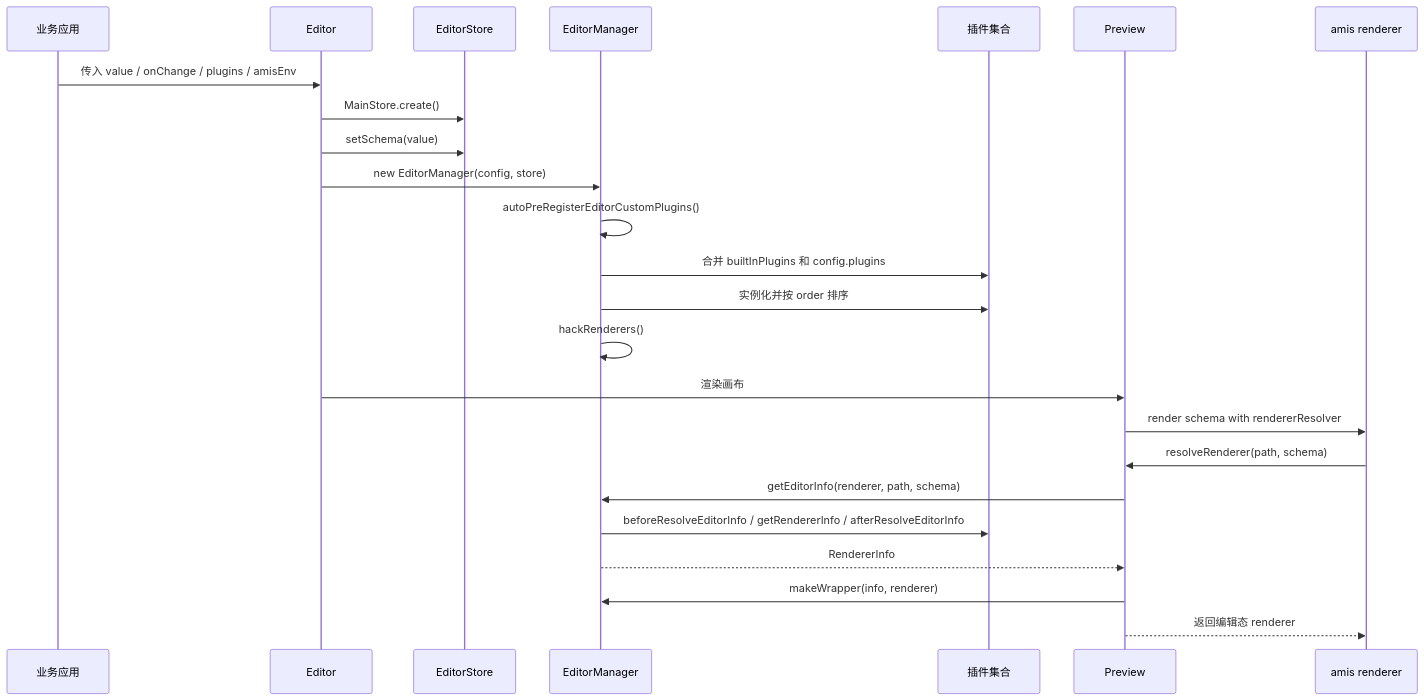
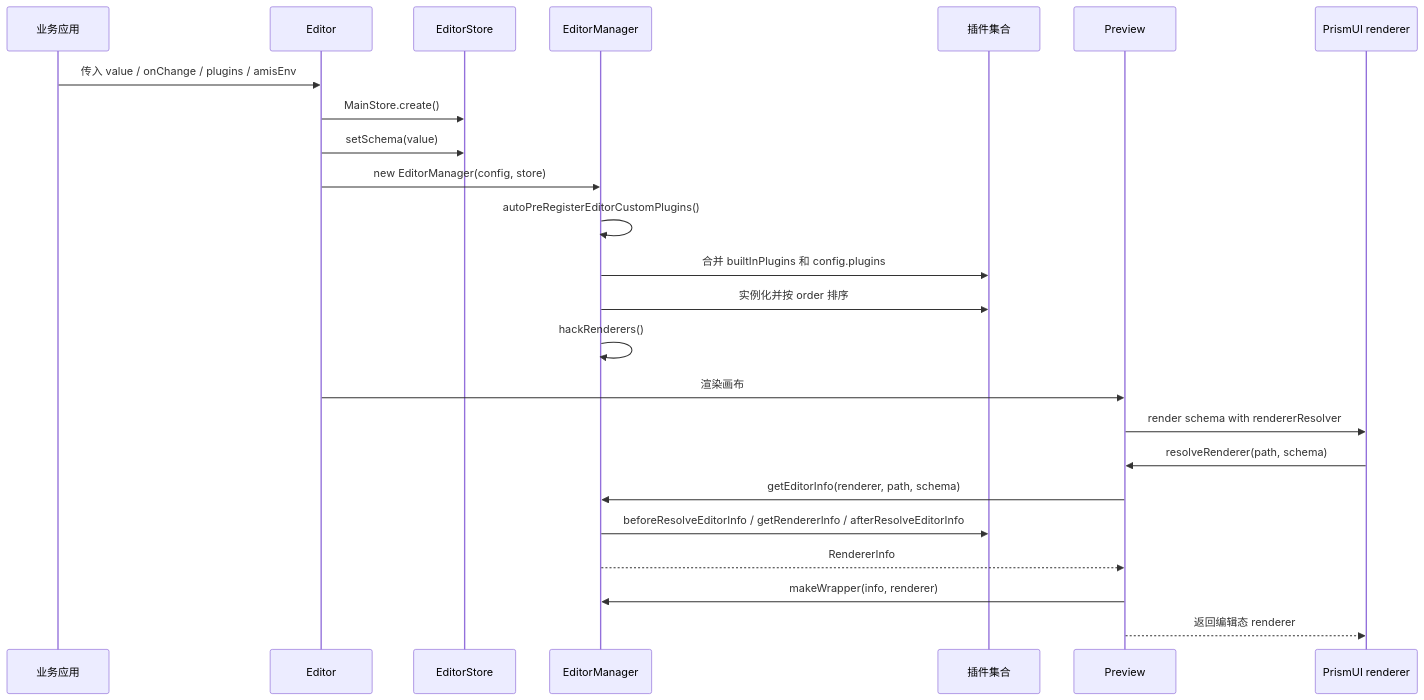
Before and after one commit to Gengxin-Tech/prismui: the fourth of 11 diagrams in docs/zh-CN/extend/editor-architecture.md, drawn with Mermaid. The commit also changed other lines of this file and 29 other files, not shown here.

````diff
--- a/docs/zh-CN/extend/editor-architecture.md
+++ b/docs/zh-CN/extend/editor-architecture.md
@@ -134,27 +134,27 @@
 ```mermaid
 sequenceDiagram
   participant App as 业务应用
   participant Editor as Editor
   participant Store as EditorStore
   participant Manager as EditorManager
   participant Plugin as 插件集合
   participant Preview as Preview
-  participant Amis as amis renderer
+  participant Runtime as PrismUI renderer
 
   App->>Editor: 传入 value / onChange / plugins / amisEnv
   Editor->>Store: MainStore.create()
   Editor->>Store: setSchema(value)
   Editor->>Manager: new EditorManager(config, store)
   Manager->>Manager: autoPreRegisterEditorCustomPlugins()
   Manager->>Plugin: 合并 builtInPlugins 和 config.plugins
   Manager->>Plugin: 实例化并按 order 排序
   Manager->>Manager: hackRenderers()
   Editor->>Preview: 渲染画布
-  Preview->>Amis: render schema with rendererResolver
-  Amis->>Preview: resolveRenderer(path, schema)
+  Preview->>Runtime: render schema with rendererResolver
+  Runtime->>Preview: resolveRenderer(path, schema)
   Preview->>Manager: getEditorInfo(renderer, path, schema)
   Manager->>Plugin: beforeResolveEditorInfo / getRendererInfo / afterResolveEditorInfo
   Manager-->>Preview: RendererInfo
   Preview->>Manager: makeWrapper(info, renderer)
-  Preview-->>Amis: 返回编辑态 renderer
+  Preview-->>Runtime: 返回编辑态 renderer
 ```
````
